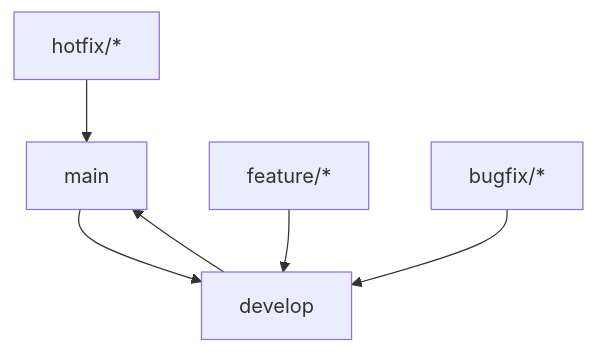
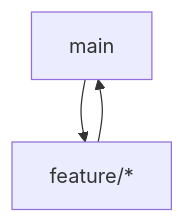
The diagram in CONTRIBUTING.md (poirierunited/financial-screening-app), drawn with Mermaid before and after one commit. The commit also changed other lines of this file, not shown here.

````diff
--- a/CONTRIBUTING.md
+++ b/CONTRIBUTING.md
@@ -9,8 +9,5 @@
 ```mermaid
 graph TD
-    A[main] --> B[develop]
-    C[feature/*] --> B
-    D[bugfix/*] --> B
-    E[hotfix/*] --> A
+    A[main] --> B[feature/*]
     B --> A
 ```
````
